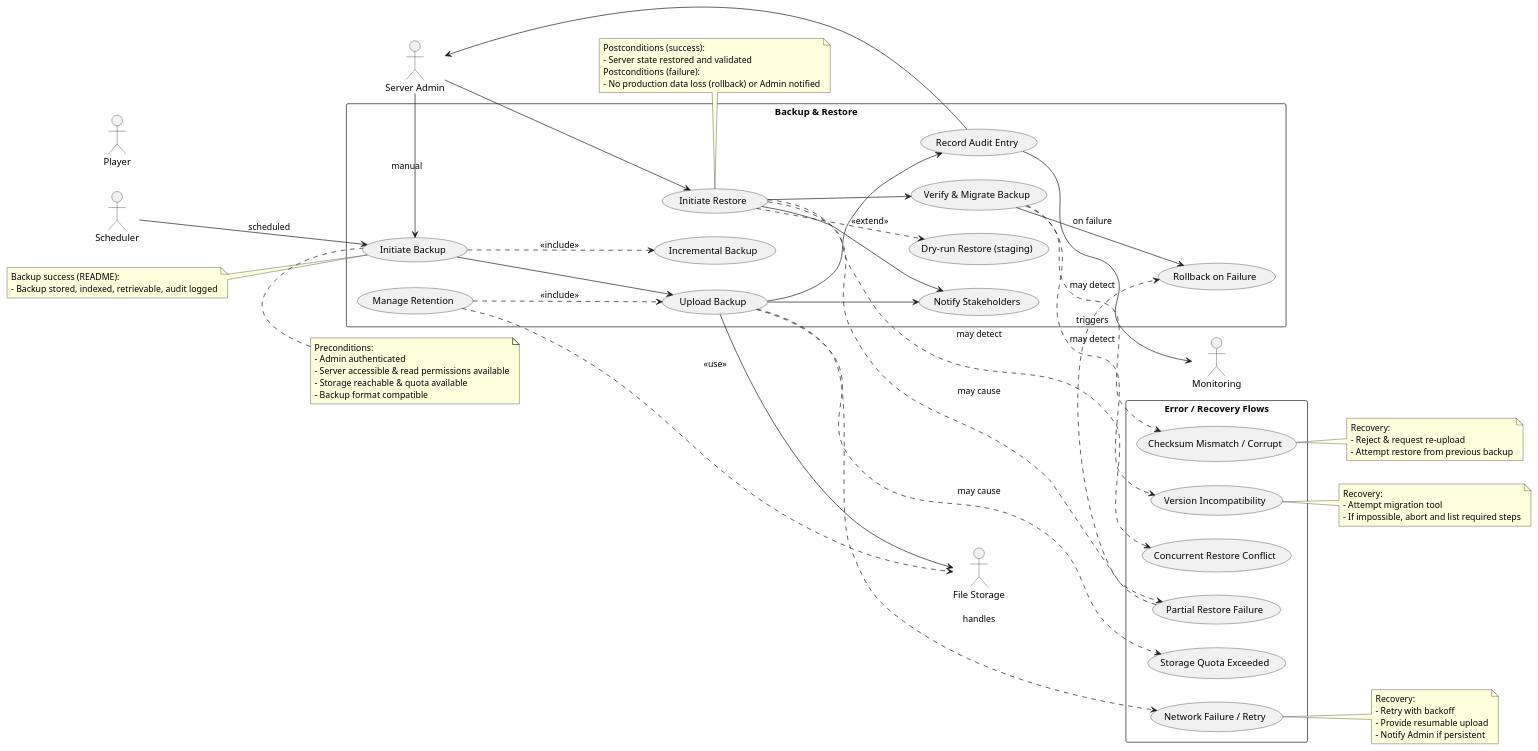
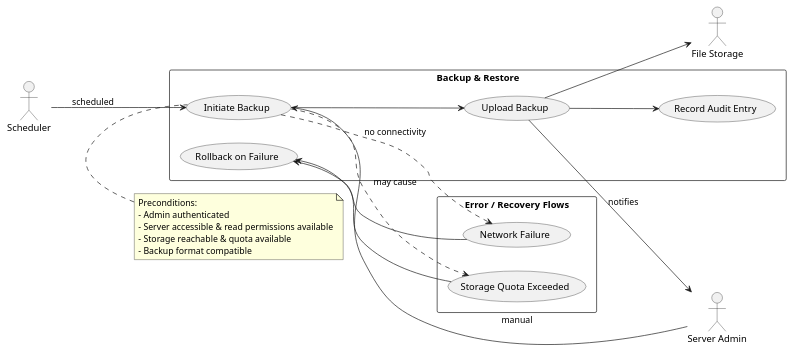
Before and after one commit to Ricardogb19/SE2526_66565_67196_67215_68509_68663_70116: the diagram in SE202526/Milestone2/UseCases/RicardoBatista/ServerAdmin/data/Admin_Server.puml, drawn with PlantUML. The commit also changed 1 other file, not shown here.

```diff
--- a/SE202526/Milestone2/UseCases/RicardoBatista/ServerAdmin/data/Admin_Server.puml
+++ b/SE202526/Milestone2/UseCases/RicardoBatista/ServerAdmin/data/Admin_Server.puml
@@ -1,102 +1,41 @@
 @startuml BackupRestoreServer
 left to right direction
 skinparam packageStyle rectangle
 
 actor "Server Admin" as Admin
 actor "Scheduler" as Scheduler
 actor "File Storage" as Storage
-actor "Monitoring" as Monitoring
-actor "Player" as Player
 
 rectangle "Backup & Restore" {
   usecase "Initiate Backup" as UC_Backup
   usecase "Upload Backup" as UC_Upload
   usecase "Record Audit Entry" as UC_Audit
-  usecase "Notify Stakeholders" as UC_Notify
-  usecase "Initiate Restore" as UC_Restore
-  usecase "Verify & Migrate Backup" as UC_Verify
   usecase "Rollback on Failure" as UC_Rollback
-  usecase "Manage Retention" as UC_Retention
-
-  ' optional/alternative flows
-  usecase "Incremental Backup" as UC_Incremental
-  usecase "Dry-run Restore (staging)" as UC_DryRun
 }
 
 Admin --> UC_Backup : manual
 Scheduler --> UC_Backup : scheduled
 UC_Backup --> UC_Upload
 UC_Upload --> Storage
 UC_Upload --> UC_Audit
-UC_Audit --> Monitoring
-UC_Audit --> Admin
-UC_Upload --> UC_Notify
-Admin --> UC_Restore
-UC_Restore --> UC_Verify
-UC_Verify --> UC_Rollback : on failure
-UC_Restore --> UC_Notify
-UC_Retention ..> UC_Upload : <<include>>
-UC_Retention ..> Storage : <<use>>
-
-' alternative links
-UC_Backup ..> UC_Incremental : <<include>>
-UC_Restore ..> UC_DryRun : <<extend>>
 
 ' Error/alt flows as usecases
 rectangle "Error / Recovery Flows" {
-  usecase "Network Failure / Retry" as E_Net
+  usecase "Network Failure" as E_Net
   usecase "Storage Quota Exceeded" as E_Quota
-  usecase "Checksum Mismatch / Corrupt" as E_Corrupt
-  usecase "Version Incompatibility" as E_Version
-  usecase "Concurrent Restore Conflict" as E_Conflict
-  usecase "Partial Restore Failure" as E_Partial
 }
 
-UC_Upload ..> E_Net : handles
-UC_Upload ..> E_Quota : may cause
-UC_Verify ..> E_Corrupt : may detect
-UC_Verify ..> E_Version : may detect
-UC_Restore ..> E_Conflict : may detect
-UC_Restore ..> E_Partial : may cause
-E_Partial ..> UC_Rollback : triggers
+UC_Backup ..> E_Net : no connectivity
+UC_Backup ..> E_Quota : may cause
+UC_Upload --> Admin : notifies
+E_Net --> UC_Rollback
+E_Quota --> UC_Rollback
 
 note top of UC_Backup
 Preconditions:
 - Admin authenticated
 - Server accessible & read permissions available
 - Storage reachable & quota available
 - Backup format compatible
 end note
-
-note left of UC_Backup
-Backup success (README):
-- Backup stored, indexed, retrievable, audit logged
-end note
-
-note bottom of UC_Restore
-Postconditions (success):
-- Server state restored and validated
-Postconditions (failure):
-- No production data loss (rollback) or Admin notified
-end note
-
-note right of E_Net
-Recovery:
-- Retry with backoff
-- Provide resumable upload
-- Notify Admin if persistent
-end note
-
-note right of E_Corrupt
-Recovery:
-- Reject & request re-upload
-- Attempt restore from previous backup
-end note
-
-note right of E_Version
-Recovery:
-- Attempt migration tool
-- If impossible, abort and list required steps
-end note
-
 @enduml
```
